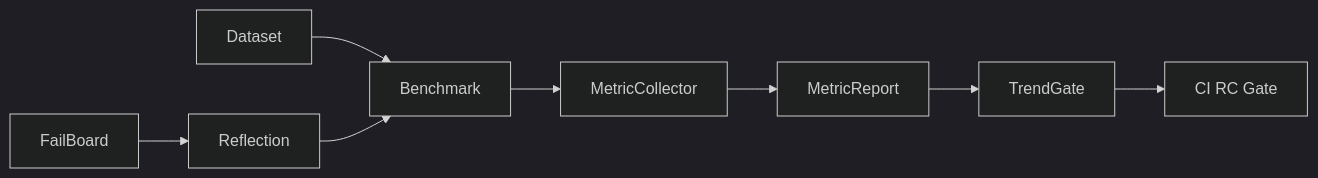
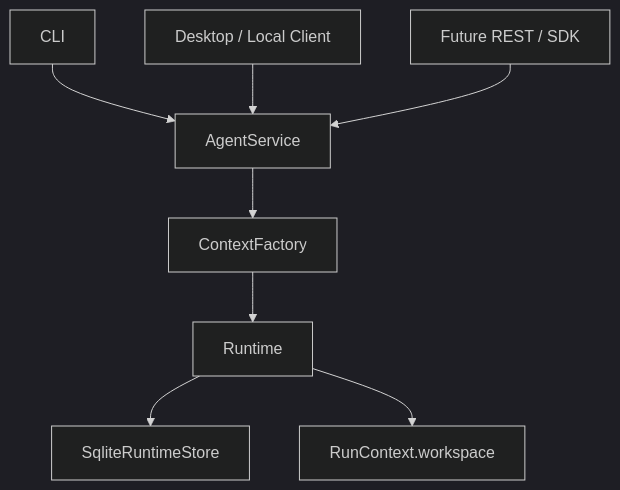
One commit to TSXG-25/TSAgent changed the first of 3 diagrams in docs/architecture.md. Above: the diagram before and after it, drawn with Mermaid (dark theme). The commit also changed other lines of this file and 16 other files, not shown here.

````diff
--- a/docs/architecture.md
+++ b/docs/architecture.md
@@ -126,10 +8,10 @@
 ```mermaid
-flowchart LR
-    DS[Dataset] --> B[Benchmark]
-    B --> MC[MetricCollector]
-    MC --> MR[MetricReport]
-    MR --> TG[TrendGate]
-    TG --> CI[CI RC Gate]
-    FB[FailBoard] --> RF[Reflection]
-    RF --> B
+flowchart TB
+    CLI[CLI] --> S[AgentService]
+    DESKTOP[Desktop / Local Client] --> S
+    REST[Future REST / SDK] --> S
+    S --> CF[ContextFactory]
+    CF --> R[Runtime]
+    R --> DB[SqliteRuntimeStore]
+    R --> WS[RunContext.workspace]
 ```
````
